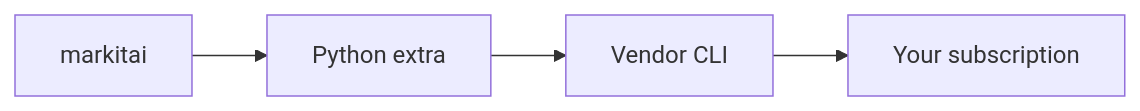
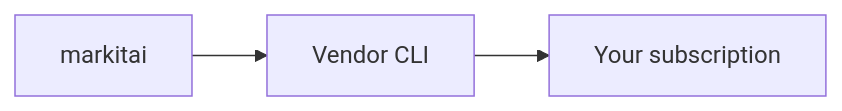
Before and after one commit to Ynewtime/markitai: the diagram in website/guide/subscriptions.md, drawn with Mermaid. The commit also changed other lines of this file and 38 other files, not shown here.

````diff
--- a/website/guide/subscriptions.md
+++ b/website/guide/subscriptions.md
@@ -5,4 +5,4 @@
 ```mermaid
 flowchart LR
-  M[markitai] --> E[Python extra] --> C[Vendor CLI] --> S[Your subscription]
+  M[markitai] --> C[Vendor CLI] --> S[Your subscription]
 ```
````
